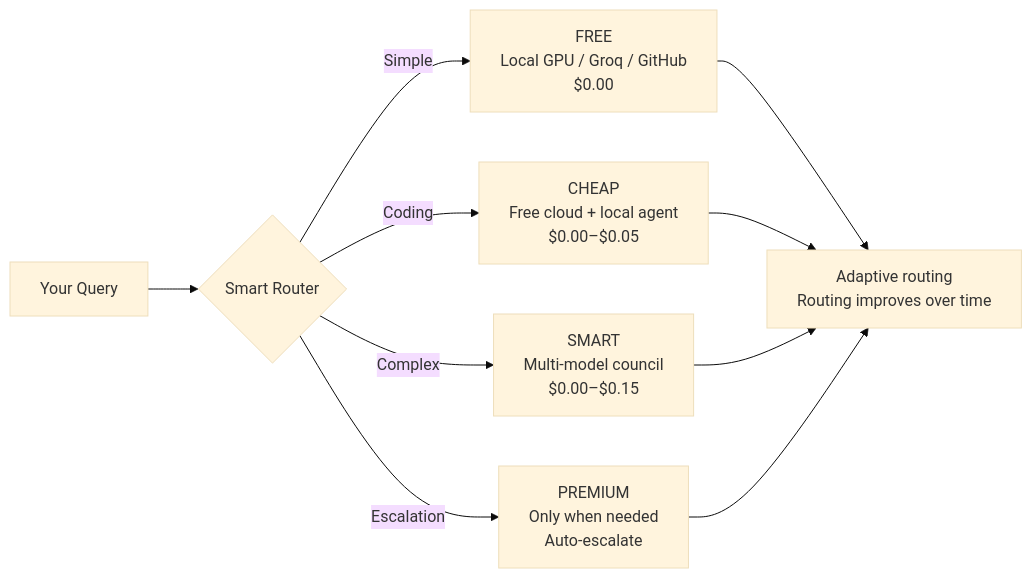
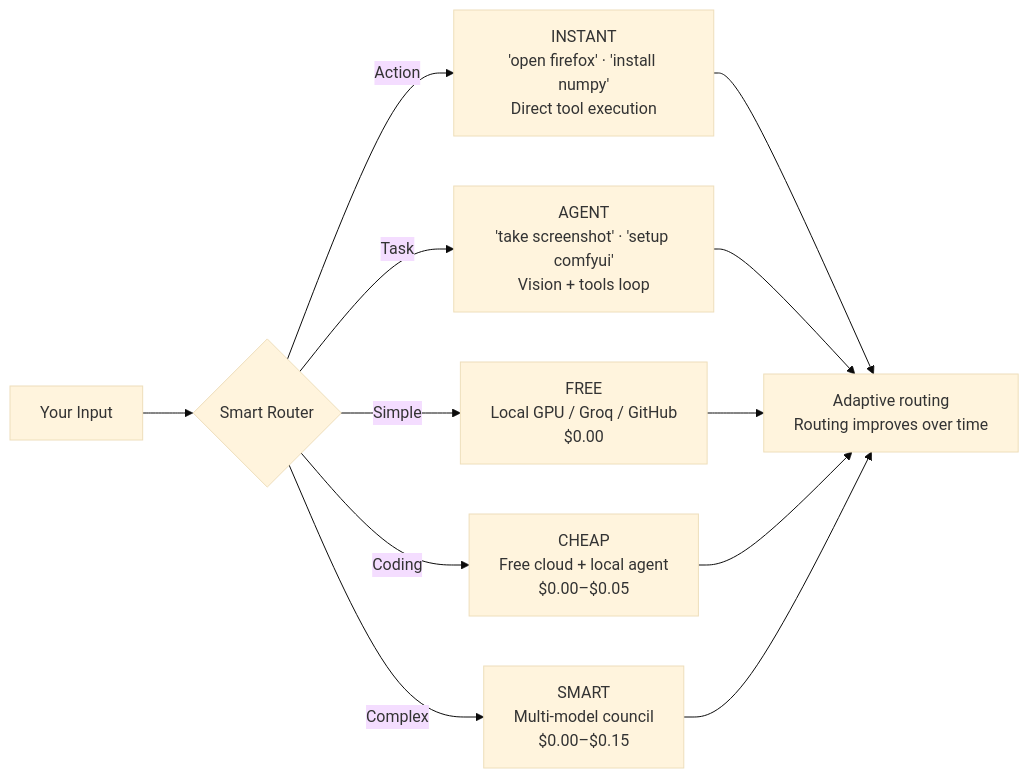
One commit to thatcooperguy/nvHive changed the second of 3 diagrams in README.md. Above: the diagram before and after it, drawn with Mermaid (base theme). The commit also changed other lines of this file and 1 other file, not shown here.

First line of the commit message:
docs: update diagrams for desktop agent and 3-tier routing

````diff
--- a/README.md
+++ b/README.md
@@ -119,12 +119,14 @@
 ```mermaid
 flowchart LR
-    Q[Your Query] --> R{Smart Router}
+    Q[Your Input] --> R{Smart Router}
+    R -->|Action| A["INSTANT\n'open firefox' · 'install numpy'\nDirect tool execution"]
+    R -->|Task| T["AGENT\n'take screenshot' · 'setup comfyui'\nVision + tools loop"]
     R -->|Simple| F["FREE\nLocal GPU / Groq / GitHub\n$0.00"]
     R -->|Coding| C["CHEAP\nFree cloud + local agent\n$0.00–$0.05"]
     R -->|Complex| S["SMART\nMulti-model council\n$0.00–$0.15"]
-    R -->|Escalation| P["PREMIUM\nOnly when needed\nAuto-escalate"]
-    F --> L["Adaptive routing\nRouting improves over time"]
+    A --> L["Adaptive routing\nRouting improves over time"]
+    T --> L
+    F --> L
     C --> L
     S --> L
-    P --> L
 ```
````
